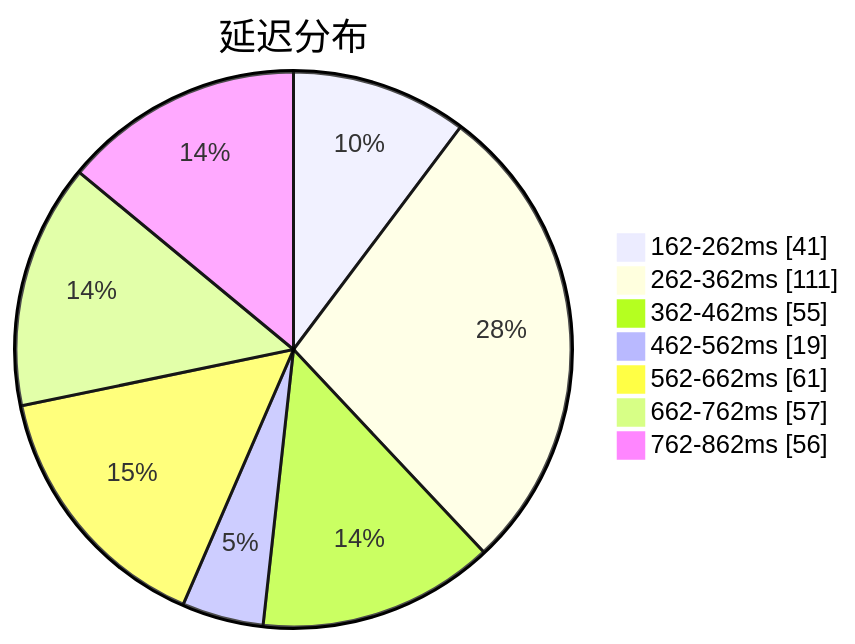
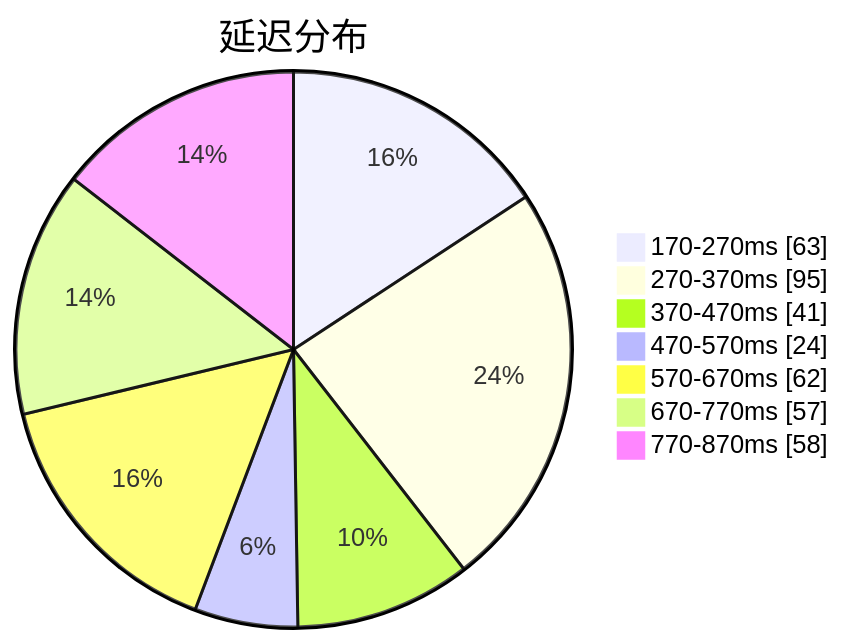
Before and after one commit to qjlxg/airport: the first of 3 diagrams in subs/statistics/tested_within.md, drawn with Mermaid. The commit also changed other lines of this file and 2 other files, not shown here.

````diff
--- a/subs/statistics/tested_within.md
+++ b/subs/statistics/tested_within.md
@@ -2,11 +2,11 @@
 ```mermaid
 pie showData
 title 延迟分布
-"162-262ms" : 41
-"262-362ms" : 111
-"362-462ms" : 55
-"462-562ms" : 19
-"562-662ms" : 61
-"662-762ms" : 57
-"762-862ms" : 56
+"170-270ms" : 63
+"270-370ms" : 95
+"370-470ms" : 41
+"470-570ms" : 24
+"570-670ms" : 62
+"670-770ms" : 57
+"770-870ms" : 58
 ```
````
